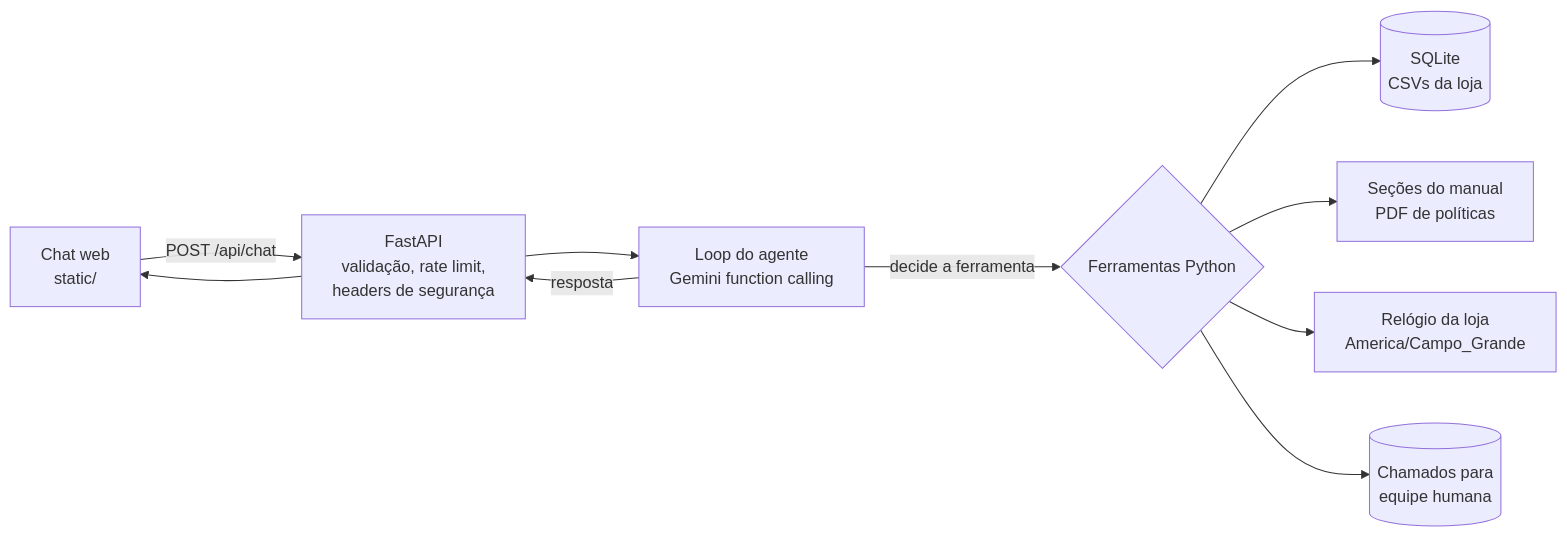
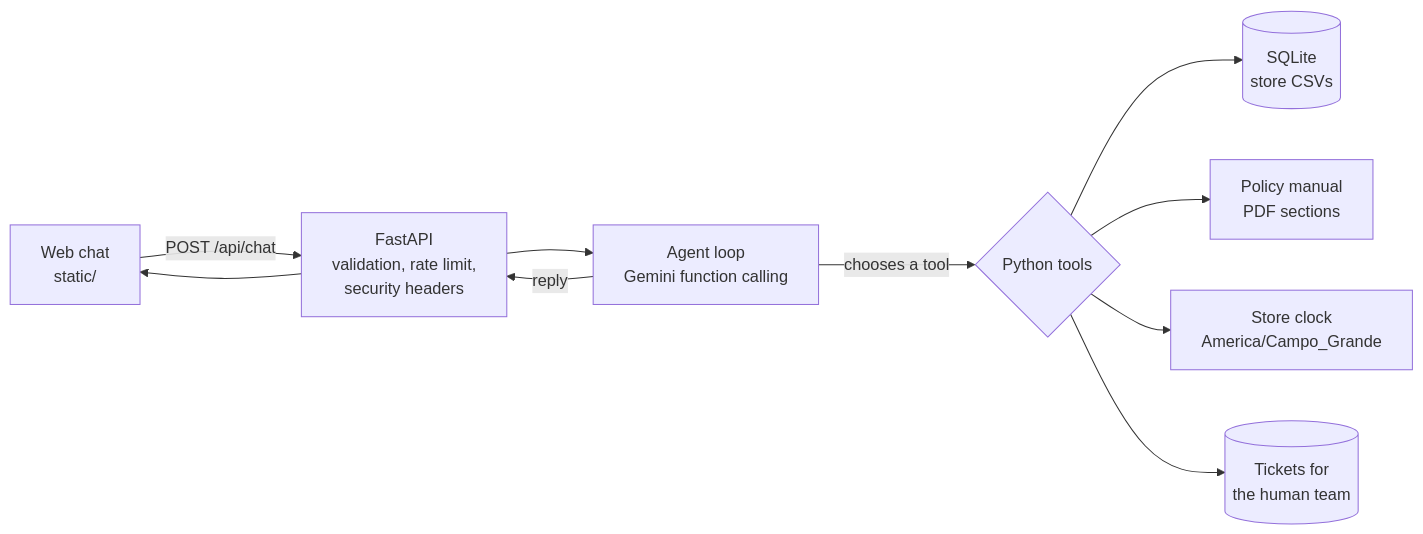
One commit to michelfioravante-alt/emporio-agent changed the diagram in README.md. Above: the diagram before and after it, drawn with Mermaid. The commit also changed other lines of this file and 5 other files, not shown here.

````diff
--- a/README.md
+++ b/README.md
@@ -53,11 +55,11 @@
 ```mermaid
 flowchart LR
-    UI[Chat web<br/>static/] -->|POST /api/chat| API[FastAPI<br/>validação, rate limit,<br/>headers de segurança]
-    API --> AG[Loop do agente<br/>Gemini function calling]
-    AG -->|decide a ferramenta| T{Ferramentas Python}
-    T --> SQL[(SQLite<br/>CSVs da loja)]
-    T --> POL[Seções do manual<br/>PDF de políticas]
-    T --> CLK[Relógio da loja<br/>America/Campo_Grande]
-    T --> TK[(Chamados para<br/>equipe humana)]
-    AG -->|resposta| API --> UI
+    UI[Web chat<br/>static/] -->|POST /api/chat| API[FastAPI<br/>validation, rate limit,<br/>security headers]
+    API --> AG[Agent loop<br/>Gemini function calling]
+    AG -->|chooses a tool| T{Python tools}
+    T --> SQL[(SQLite<br/>store CSVs)]
+    T --> POL[Policy manual<br/>PDF sections]
+    T --> CLK[Store clock<br/>America/Campo_Grande]
+    T --> TK[(Tickets for<br/>the human team)]
+    AG -->|reply| API --> UI
 ```
````
